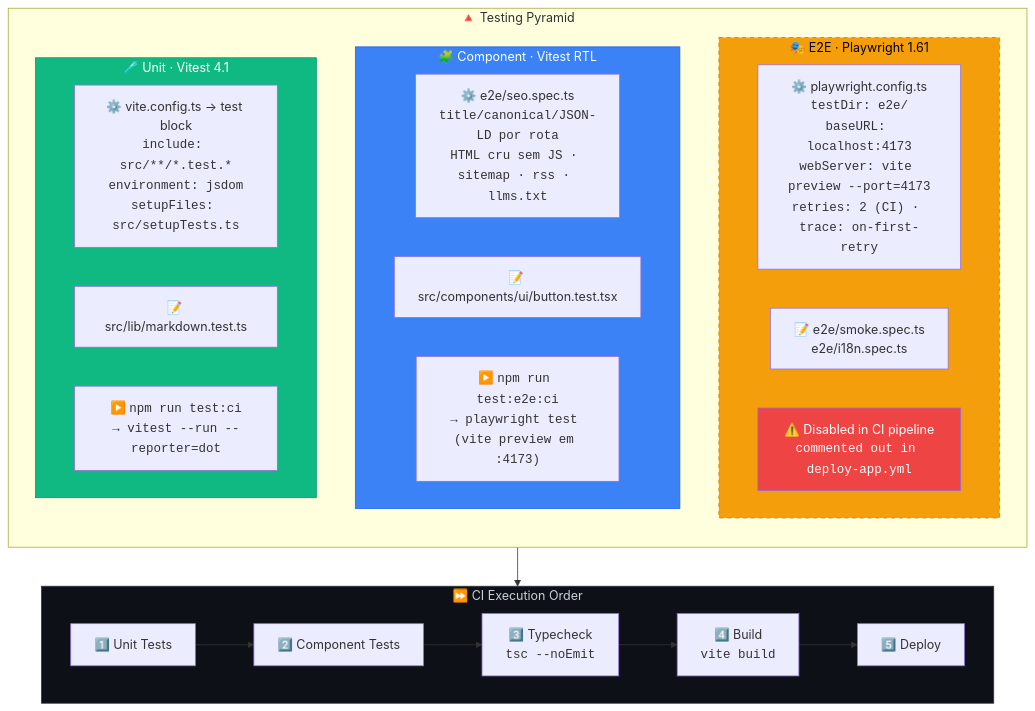
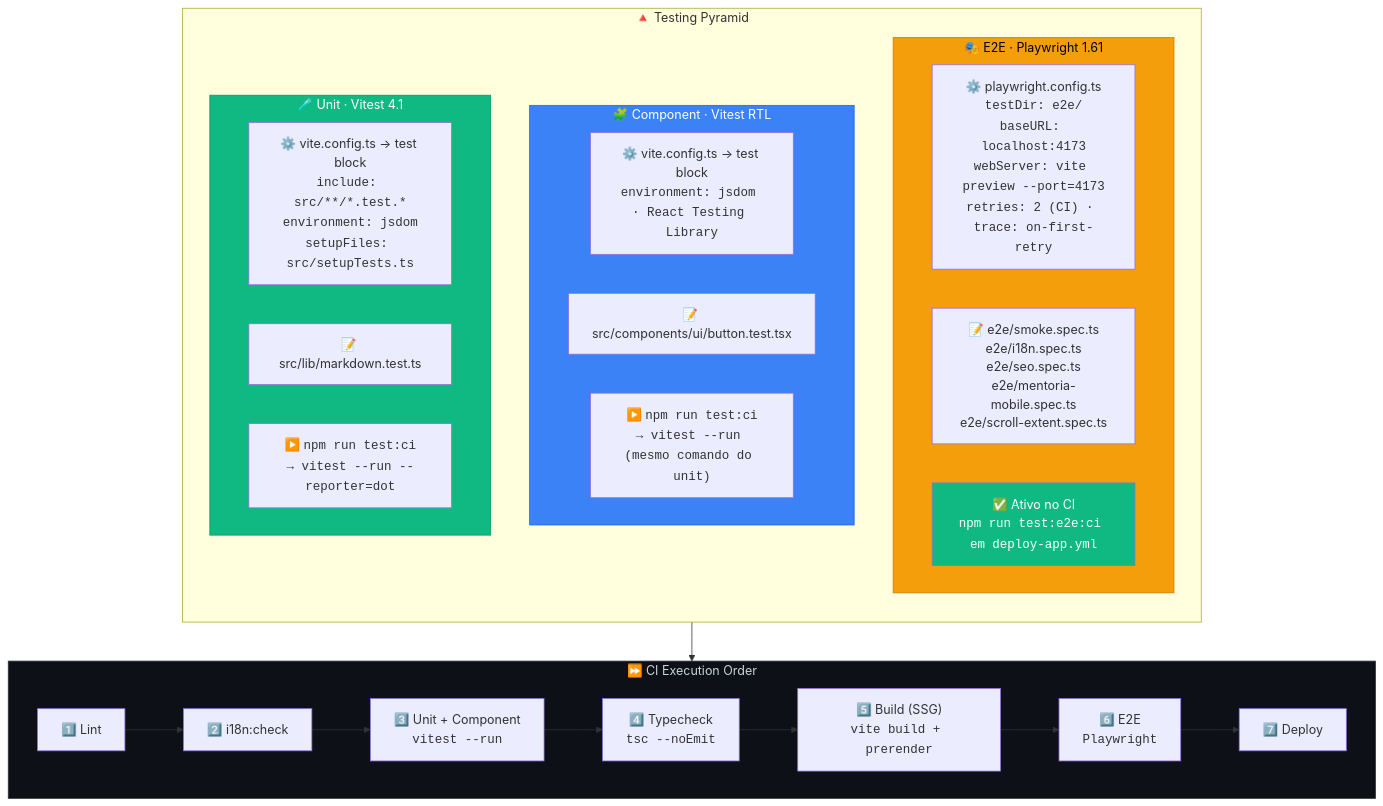
The fourth of 5 diagrams in README.md (orafaelferreiraa/orafaelferreira-com), drawn with Mermaid before and after one commit. The commit also changed other lines of this file and 13 other files, not shown here.

````diff
--- a/README.md
+++ b/README.md
@@ -476,37 +471,37 @@
 ```mermaid
 flowchart TB
     subgraph pyramid["🔺 Testing Pyramid"]
         direction TB
         
         subgraph e2e_layer["🎭 E2E · Playwright 1.61"]
             e2e_config["⚙️ playwright.config.ts<br/><code>testDir: e2e/<br/>baseURL: localhost:4173<br/>webServer: vite preview --port=4173<br/>retries: 2 (CI) · trace: on-first-retry</code>"]
-            e2e_specs["📝 e2e/smoke.spec.ts<br/>e2e/i18n.spec.ts"]
-            e2e_status["⚠️ Disabled in CI pipeline<br/><code>commented out in deploy-app.yml</code>"]
+            e2e_specs["📝 e2e/smoke.spec.ts<br/>e2e/i18n.spec.ts<br/>e2e/seo.spec.ts<br/>e2e/mentoria-mobile.spec.ts<br/>e2e/scroll-extent.spec.ts"]
+            e2e_status["✅ Ativo no CI<br/><code>npm run test:e2e:ci em deploy-app.yml</code>"]
         end
 
         subgraph comp_layer["🧩 Component · Vitest RTL"]
-            comp_config["⚙️ e2e/seo.spec.ts<br/><code>title/canonical/JSON-LD por rota<br/>HTML cru sem JS · sitemap · rss · llms.txt</code>"]
+            comp_config["⚙️ vite.config.ts → test block<br/><code>environment: jsdom · React Testing Library</code>"]
             comp_specs["📝 src/components/ui/button.test.tsx"]
-            comp_cmd["▶️ <code>npm run test:e2e:ci<br/>→ playwright test (vite preview em :4173)</code>"]
+            comp_cmd["▶️ <code>npm run test:ci<br/>→ vitest --run (mesmo comando do unit)</code>"]
         end
 
         subgraph unit_layer["🧪 Unit · Vitest 4.1"]
             unit_config["⚙️ vite.config.ts → test block<br/><code>include: src/**/*.test.*<br/>environment: jsdom<br/>setupFiles: src/setupTests.ts</code>"]
             unit_specs["📝 src/lib/markdown.test.ts"]
             unit_cmd["▶️ <code>npm run test:ci<br/>→ vitest --run --reporter=dot</code>"]
         end
     end
 
     subgraph ci_order["⏩ CI Execution Order"]
         direction LR
-        step1["1️⃣ Unit Tests"] --> step2["2️⃣ Component Tests"] --> step3["3️⃣ Typecheck<br/><code>tsc --noEmit</code>"] --> step4["4️⃣ Build<br/><code>vite build</code>"] --> step5["5️⃣ Deploy"]
+        step0a["1️⃣ Lint"] --> step0b["2️⃣ i18n:check"] --> step1["3️⃣ Unit + Component<br/><code>vitest --run</code>"] --> step3["4️⃣ Typecheck<br/><code>tsc --noEmit</code>"] --> step4["5️⃣ Build (SSG)<br/><code>vite build + prerender</code>"] --> step4b["6️⃣ E2E<br/><code>Playwright</code>"] --> step5["7️⃣ Deploy"]
     end
 
     pyramid --> ci_order
 
-    style e2e_layer fill:#f59e0b,color:#000,stroke:#d97706,stroke-dasharray: 5 5
+    style e2e_layer fill:#f59e0b,color:#000,stroke:#d97706
     style comp_layer fill:#3b82f6,color:#fff,stroke:#2563eb
     style unit_layer fill:#10b981,color:#fff,stroke:#059669
-    style e2e_status fill:#ef4444,color:#fff
+    style e2e_status fill:#10b981,color:#fff
     style ci_order fill:#0d1117,color:#c9d1d9,stroke:#30363d
 ```
````
